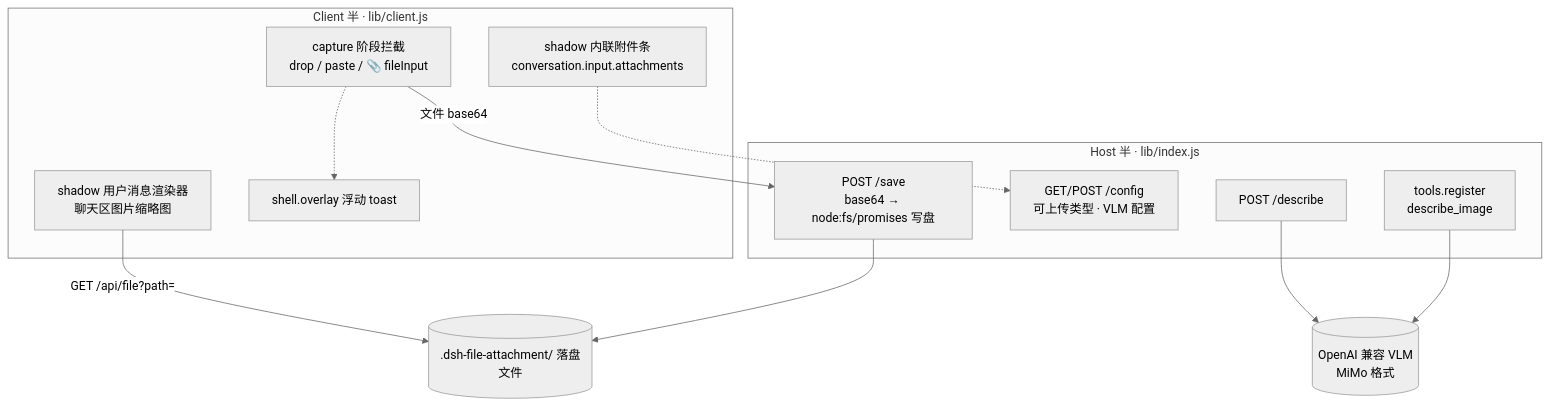
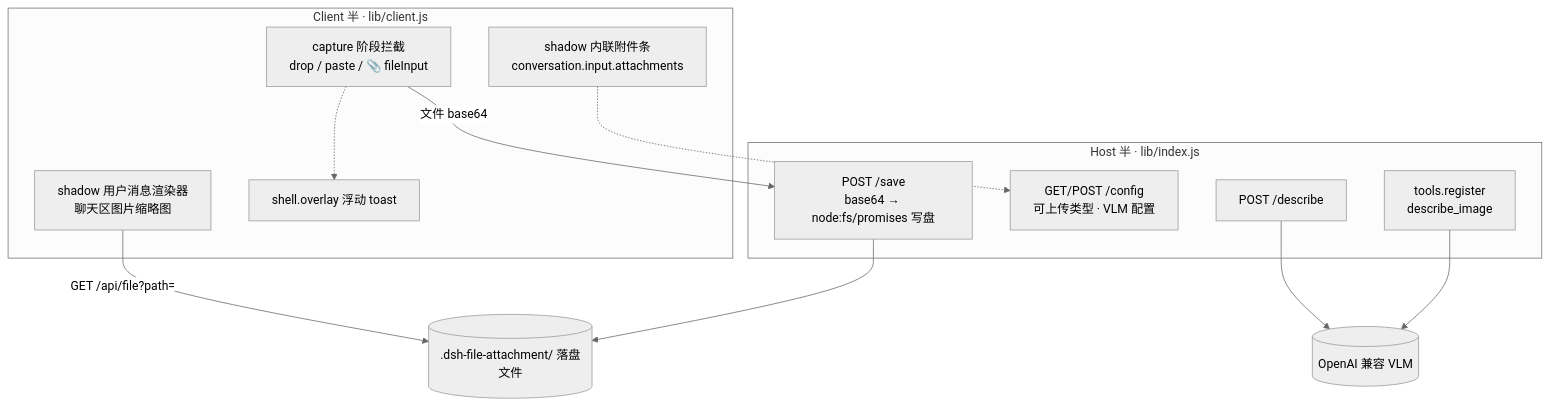
One commit to xinstart-1/dsh-files-fallback changed the second of 2 diagrams in README.md. Above: the diagram before and after it, drawn with Mermaid (neutral theme). The commit also changed other lines of this file and 7 other files, not shown here.

````diff
--- a/README.md
+++ b/README.md
@@ -131,23 +149,23 @@
 ```mermaid
 flowchart TB
     subgraph client["Client 半 · lib/client.js"]
         C1["capture 阶段拦截<br/>drop / paste / 📎 fileInput"]
         C2["shadow 内联附件条<br/>conversation.input.attachments"]
         C3["shadow 用户消息渲染器<br/>聊天区图片缩略图"]
         C4["shell.overlay 浮动 toast"]
     end
     subgraph host["Host 半 · lib/index.js"]
         H1["POST /save<br/>base64 → node:fs/promises 写盘"]
         H2["GET/POST /config<br/>可上传类型 · VLM 配置"]
         H3["POST /describe"]
         H4["tools.register<br/>describe_image"]
     end
-    VLM[("OpenAI 兼容 VLM<br/>MiMo 格式")]
+    VLM[("OpenAI 兼容 VLM")]
     C1 -- "文件 base64" --> H1
     C2 -.-> H2
     C1 -.-> C4
     H3 --> VLM
     H4 --> VLM
     C3 -- "GET /api/file?path=" --> FS[(".dsh-file-attachment/ 落盘文件")]
     H1 --> FS
 ```
````
